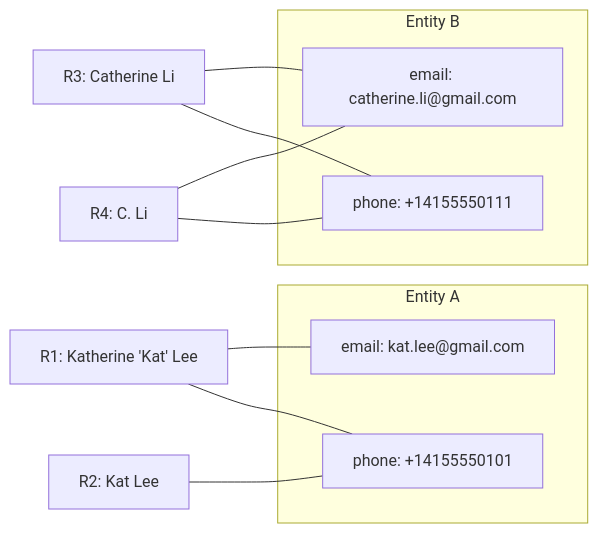
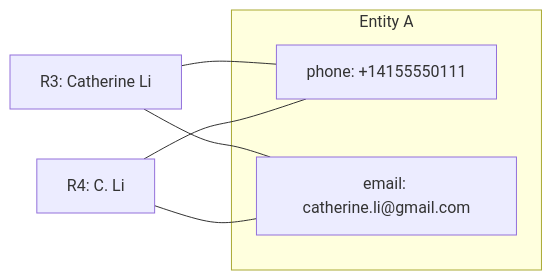
Before and after one commit to MarcoBetti1/Entity-Resolution: the first of 2 diagrams in README.md, drawn with Mermaid. The commit also changed other lines of this file, not shown here.

````diff
--- a/README.md
+++ b/README.md
@@ -37,30 +25,18 @@
 ```mermaid
 graph LR
   %% Records
-  R1["R1: Katherine 'Kat' Lee"]
-  R2["R2: Kat Lee"]
-  R3["R3: Catherine Li"]
-  R4["R4: C. Li"]
+  R1["R3: Catherine Li"]
+  R2["R4: C. Li"]
 
   %% Canonical attributes for Entity A
   subgraph Entity_A[Entity A]
-    A_P["phone: +14155550101"]
-    A_E["email: kat.lee@gmail.com"]
-  end
-
-  %% Canonical attributes for Entity B
-  subgraph Entity_B[Entity B]
-    B_P["phone: +14155550111"]
-    B_E["email: catherine.li@gmail.com"]
+    A_P["phone: +14155550111"]
+    A_E["email: catherine.li@gmail.com"]
   end
 
   %% Links
   R1 --- A_E
   R1 --- A_P
+  R2 --- A_E
   R2 --- A_P
-
-  R3 --- B_E
-  R3 --- B_P
-  R4 --- B_E
-  R4 --- B_P
 ```
````
